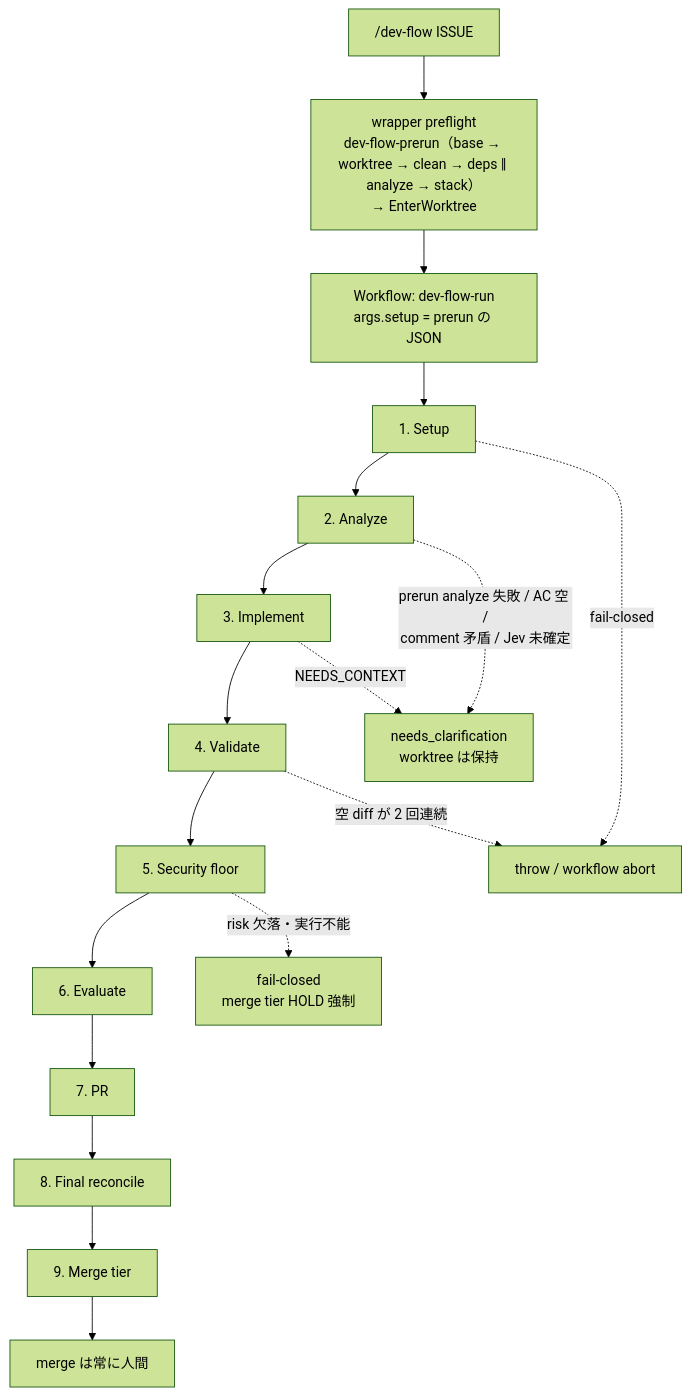
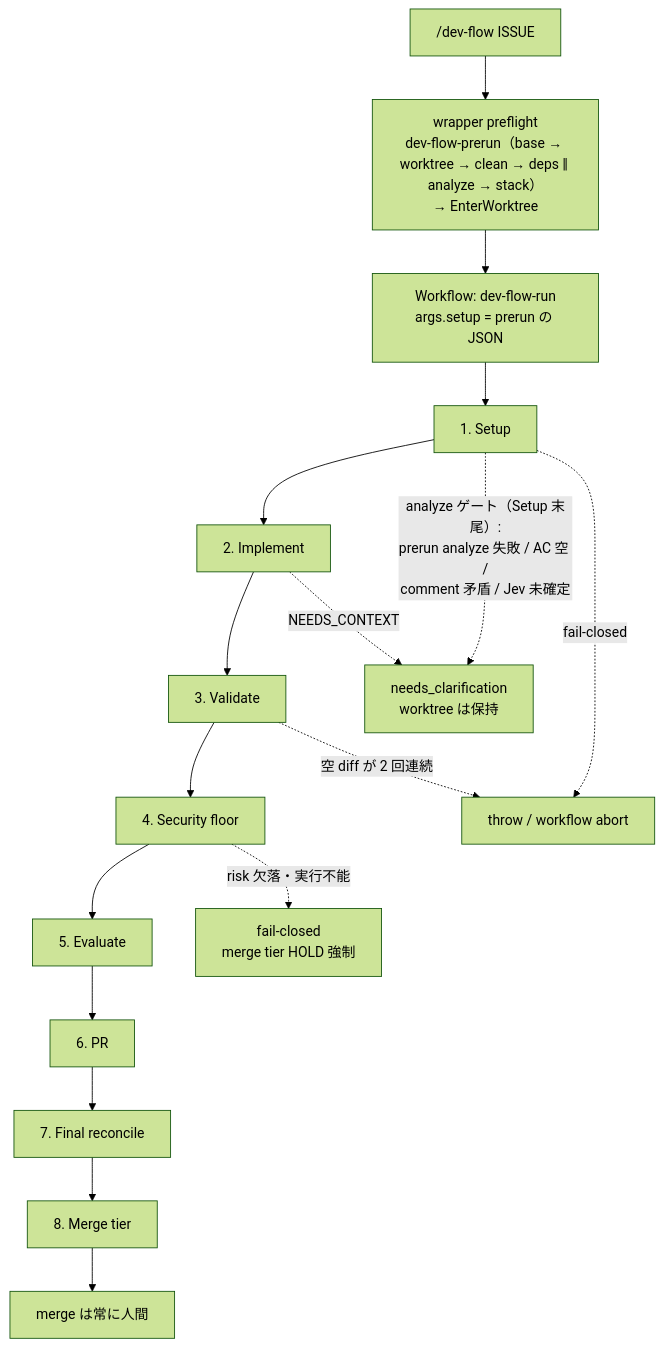
One commit to it-all-playpark/skills changed the first of 13 diagrams in docs/dev-flow-atlas.md. Above: the diagram before and after it, drawn with Mermaid (forest theme). The commit also changed other lines of this file and 7 other files, not shown here.

Commit message:
refactor(dev-flow): #699 の minor 指摘を片付ける（analyze-phase invariant テストの検出漏れ・残存する Analyze 表記・dev-flow-atlas の phase 図） (#701) (#719)

````diff
--- a/docs/dev-flow-atlas.md
+++ b/docs/dev-flow-atlas.md
@@ -35,21 +35,20 @@
 ```mermaid
 flowchart TD
     U["/dev-flow ISSUE"] --> PF["wrapper preflight<br/>dev-flow-prerun（base → worktree → clean → deps ‖ analyze → stack）<br/>→ EnterWorktree"]
     PF --> W["Workflow: dev-flow-run<br/>args.setup = prerun の JSON"]
     W --> S["1. Setup"]
-    S --> A["2. Analyze"]
-    A --> I["3. Implement"]
-    I --> V["4. Validate"]
-    V --> SF["5. Security floor"]
-    SF --> E["6. Evaluate"]
-    E --> R["7. PR"]
-    R --> FR["8. Final reconcile"]
-    FR --> MT["9. Merge tier"]
+    S --> I["2. Implement"]
+    I --> V["3. Validate"]
+    V --> SF["4. Security floor"]
+    SF --> E["5. Evaluate"]
+    E --> R["6. PR"]
+    R --> FR["7. Final reconcile"]
+    FR --> MT["8. Merge tier"]
     MT --> HU["merge は常に人間"]
 
     S -.->|"fail-closed"| AB["throw / workflow abort"]
     V -.->|"空 diff が 2 回連続"| AB
-    A -.->|"prerun analyze 失敗 / AC 空 /<br/>comment 矛盾 / Jev 未確定"| NC["needs_clarification<br/>worktree は保持"]
+    S -.->|"analyze ゲート（Setup 末尾）:<br/>prerun analyze 失敗 / AC 空 /<br/>comment 矛盾 / Jev 未確定"| NC["needs_clarification<br/>worktree は保持"]
     I -.->|"NEEDS_CONTEXT"| NC
     SF -.->|"risk 欠落・実行不能"| FC["fail-closed<br/>merge tier HOLD 強制"]
 ```
````
